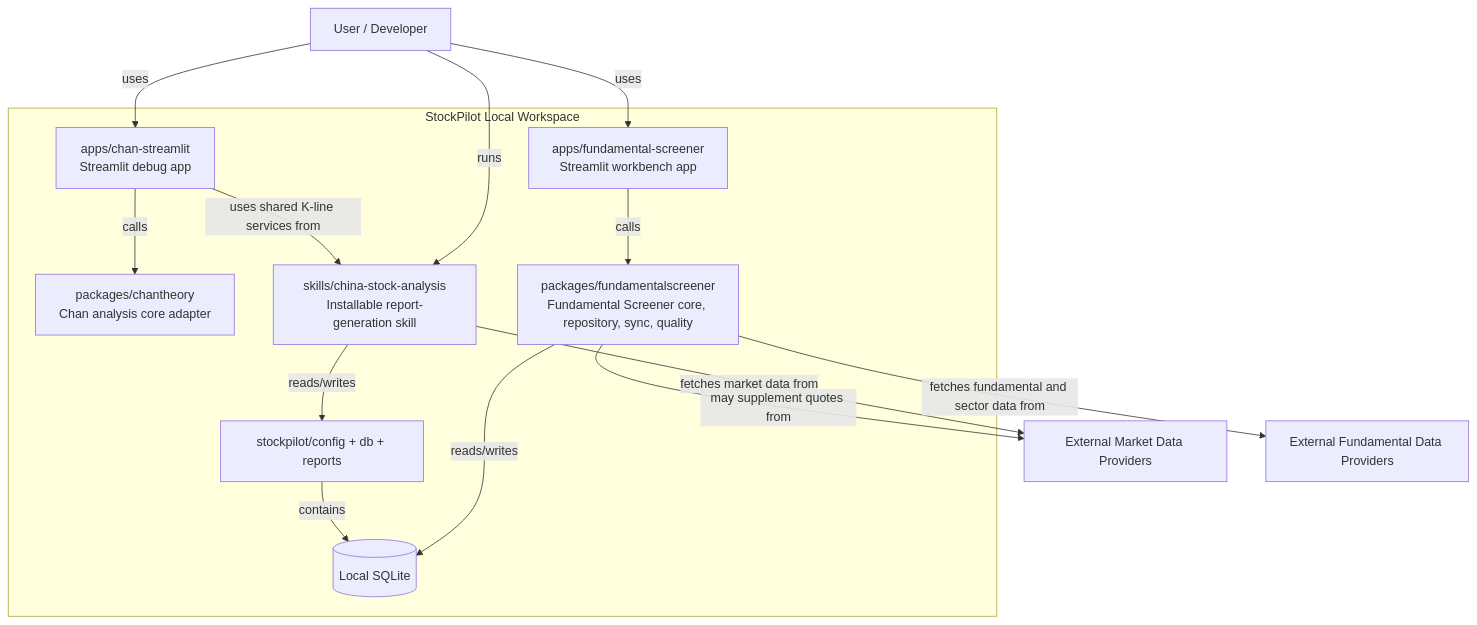
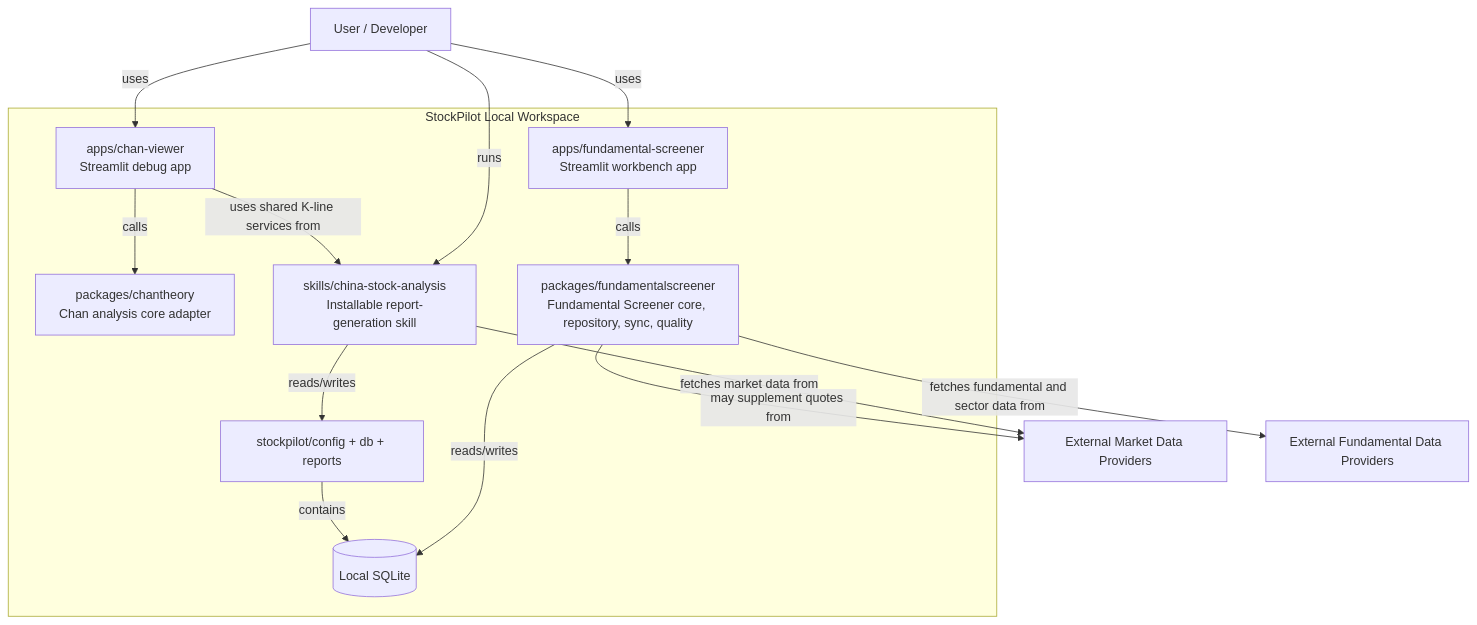
Before and after one commit to shenjee/stockpilot: the diagram in docs/architecture/c4-container.md, drawn with Mermaid. The commit also changed other lines of this file and 27 other files, not shown here.

First line of the commit message:
refactor: rename apps/chan-streamlit to apps/chan-viewer

````diff
--- a/docs/architecture/c4-container.md
+++ b/docs/architecture/c4-container.md
@@ -15,33 +15,33 @@
 ```mermaid
 graph TD
     User[User / Developer]
     MarketProviders[External Market Data Providers]
     FundamentalProviders[External Fundamental Data Providers]
 
     subgraph StockPilot[StockPilot Local Workspace]
         Chantheory[packages/chantheory<br/>Chan analysis core adapter]
         FundamentalCore[packages/fundamentalscreener<br/>Fundamental Screener core, repository, sync, quality]
-        ChanApp[apps/chan-streamlit<br/>Streamlit debug app]
+        ChanApp[apps/chan-viewer<br/>Streamlit debug app]
         FsApp[apps/fundamental-screener<br/>Streamlit workbench app]
         Skill[skills/china-stock-analysis<br/>Installable report-generation skill]
         RuntimeData[stockpilot/config + db + reports]
         SQLite[(Local SQLite)]
     end
 
     User -->|uses| ChanApp
     User -->|uses| FsApp
     User -->|runs| Skill
 
     ChanApp -->|calls| Chantheory
     ChanApp -->|uses shared K-line services from| Skill
 
     FsApp -->|calls| FundamentalCore
 
     Skill -->|reads/writes| RuntimeData
     FundamentalCore -->|reads/writes| SQLite
     RuntimeData -->|contains| SQLite
 
     Skill -->|fetches market data from| MarketProviders
     FundamentalCore -->|fetches fundamental and sector data from| FundamentalProviders
     FundamentalCore -->|may supplement quotes from| MarketProviders
 ```
````
